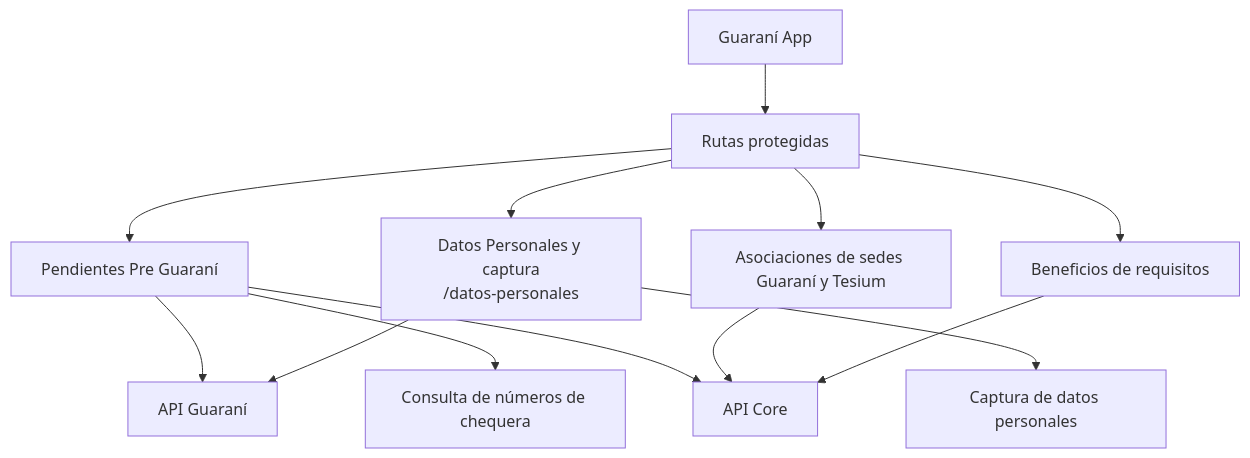
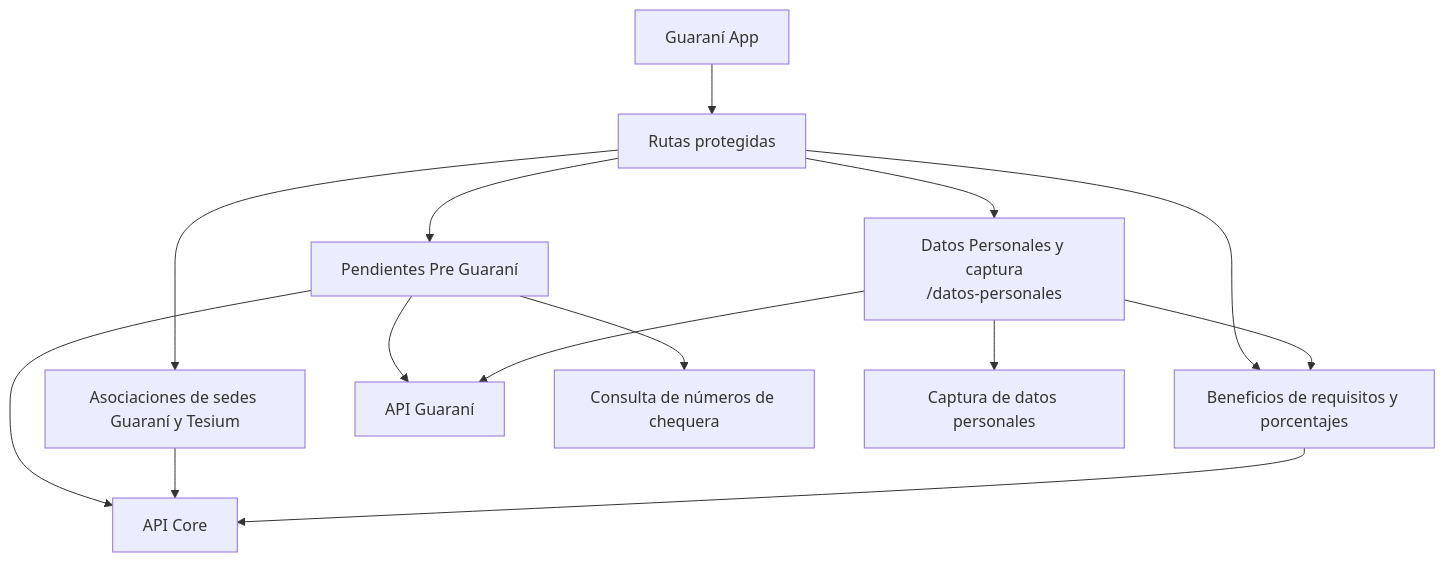
Before and after one commit to UM-services/UM.tesoreria.frontend-client: the seventh of 8 diagrams in docs/architecture.md, drawn with Mermaid. The commit also changed 9 other files, not shown here.

````diff
--- a/docs/architecture.md
+++ b/docs/architecture.md
@@ -182,16 +182,17 @@
 ```mermaid
 flowchart TD
     GuaraniApp["Guaraní App"] --> AppRoutes["Rutas protegidas"]
     AppRoutes --> Pendientes["Pendientes Pre Guaraní"]
     AppRoutes --> Ubicaciones["Asociaciones de sedes Guaraní y Tesium"]
-    AppRoutes --> Beneficios["Beneficios de requisitos"]
+    AppRoutes --> Beneficios["Beneficios de requisitos y porcentajes"]
     AppRoutes --> Datos["Datos Personales y captura<br/>/datos-personales"]
 
     Pendientes --> GuaraniAPI["API Guaraní"]
     Pendientes --> Chequeras["Consulta de números de chequera"]
     Pendientes --> CoreAPI
     Ubicaciones --> CoreAPI["API Core"]
     Beneficios --> CoreAPI
     Datos --> GuaraniAPI
+    Datos --> Beneficios
     Datos --> Captura["Captura de datos personales"]
 ```
````
